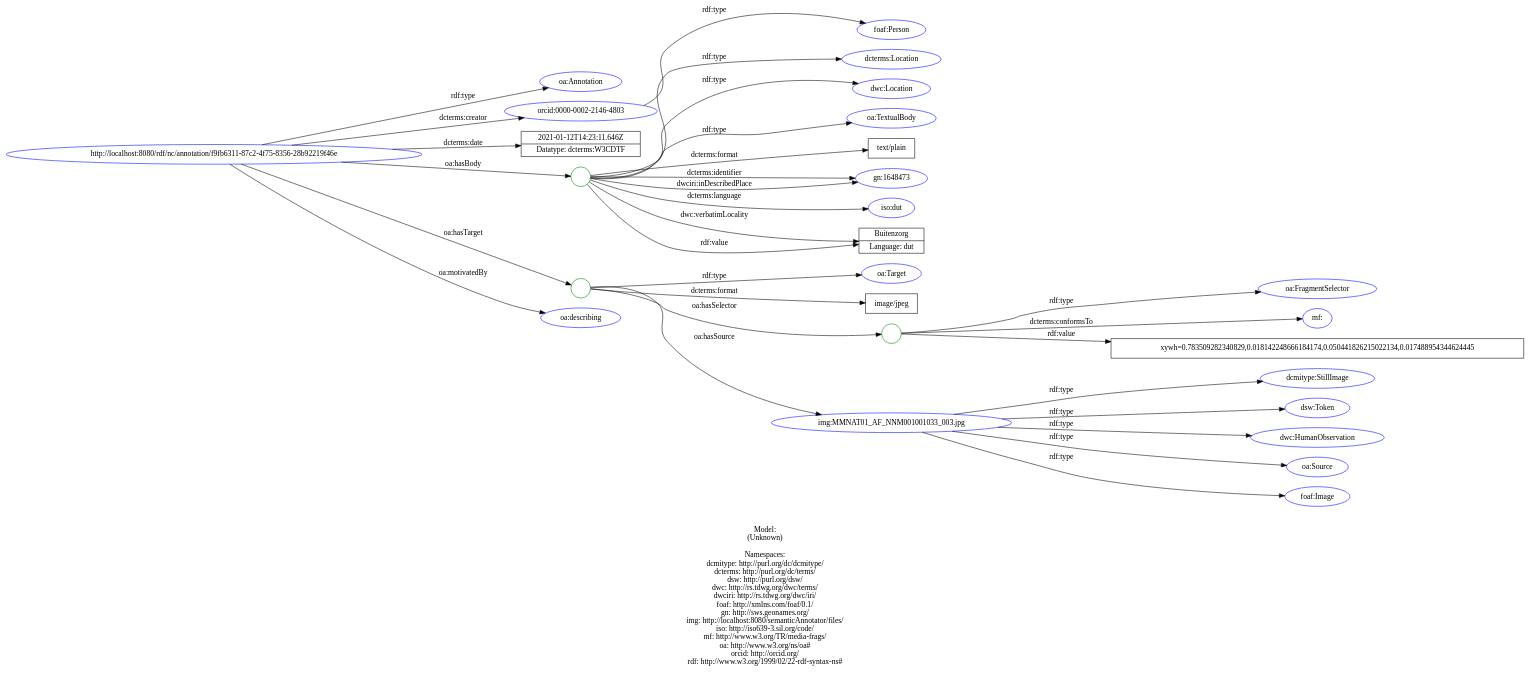
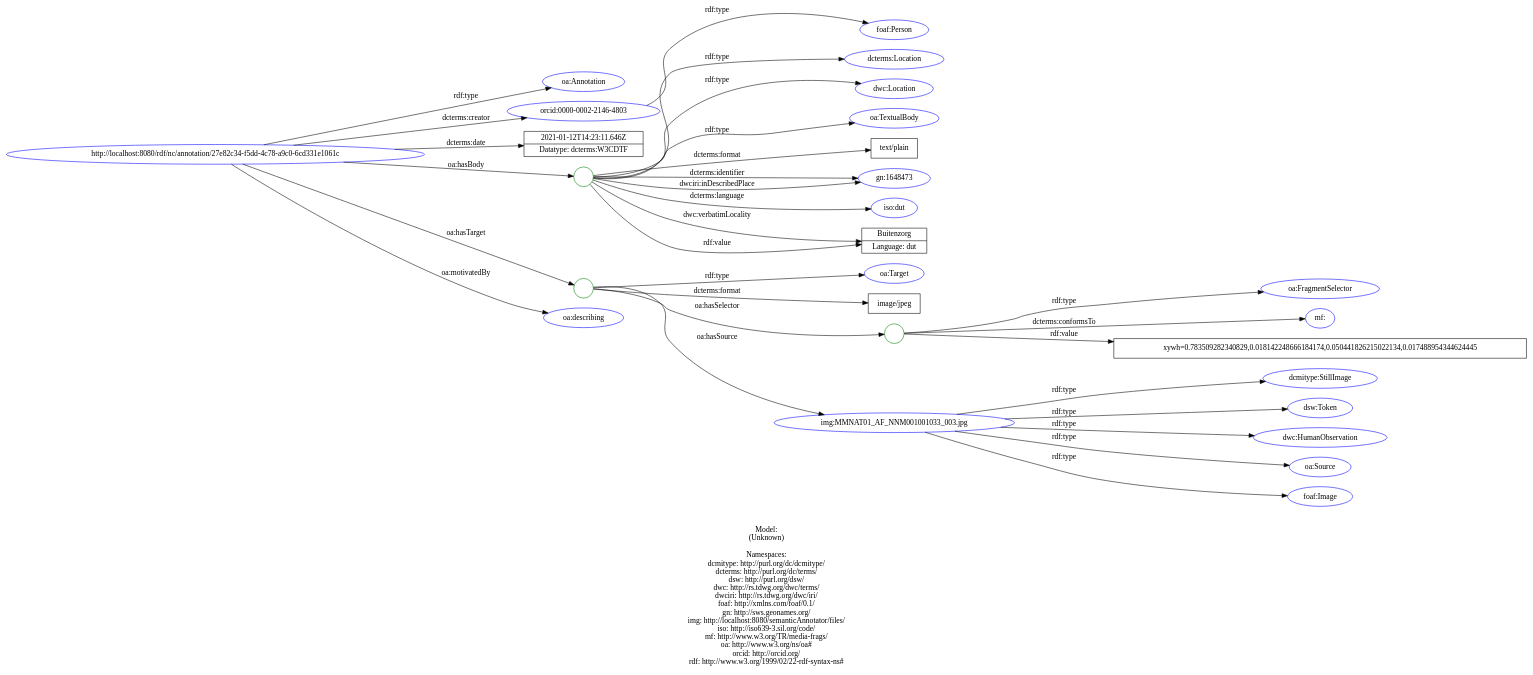
One commit to lisestork/SFB-Annotator changed the diagram in doc/models/example_3_1.dot. Above: the diagram before and after it, drawn with Graphviz. The commit also changed 21 other files, not shown here.

```diff
--- a/doc/models/example_3_1.dot
+++ b/doc/models/example_3_1.dot
@@ -1,68 +1,68 @@
 digraph {
 	rankdir = LR;
 	charset="utf-8";
 
-	"Rhttp://localhost:8080/rdf/nc/annotation/f9fb6311-87c2-4f75-8356-28b92219f46e" -> "Roa:Annotation" [ label="rdf:type" ];
-	"Rhttp://localhost:8080/rdf/nc/annotation/f9fb6311-87c2-4f75-8356-28b92219f46e" -> "Rorcid:0000-0002-2146-4803" [ label="dcterms:creator" ];
-	"Rhttp://localhost:8080/rdf/nc/annotation/f9fb6311-87c2-4f75-8356-28b92219f46e" -> "L2021-01-12T14:23:11.646Z|Datatype: dcterms:W3CDTF" [ label="dcterms:date" ];
-	"Rhttp://localhost:8080/rdf/nc/annotation/f9fb6311-87c2-4f75-8356-28b92219f46e" -> "B_:node1euqlam8lx247" [ label="oa:hasBody" ];
-	"B_:node1euqlam8lx247" -> "Rdcterms:Location" [ label="rdf:type" ];
-	"B_:node1euqlam8lx247" -> "Rdwc:Location" [ label="rdf:type" ];
-	"B_:node1euqlam8lx247" -> "Roa:TextualBody" [ label="rdf:type" ];
-	"B_:node1euqlam8lx247" -> "Ltext/plain" [ label="dcterms:format" ];
-	"B_:node1euqlam8lx247" -> "Rgn:1648473" [ label="dcterms:identifier" ];
-	"B_:node1euqlam8lx247" -> "Riso:dut" [ label="dcterms:language" ];
-	"B_:node1euqlam8lx247" -> "Rgn:1648473" [ label="dwciri:inDescribedPlace" ];
-	"B_:node1euqlam8lx247" -> "LBuitenzorg|Language: dut" [ label="dwc:verbatimLocality" ];
-	"B_:node1euqlam8lx247" -> "LBuitenzorg|Language: dut" [ label="rdf:value" ];
-	"Rhttp://localhost:8080/rdf/nc/annotation/f9fb6311-87c2-4f75-8356-28b92219f46e" -> "B_:node1euqlam8lx246" [ label="oa:hasTarget" ];
-	"B_:node1euqlam8lx246" -> "Roa:Target" [ label="rdf:type" ];
-	"B_:node1euqlam8lx246" -> "Limage/jpeg" [ label="dcterms:format" ];
-	"B_:node1euqlam8lx246" -> "B_:node1euqlam8lx249" [ label="oa:hasSelector" ];
-	"B_:node1euqlam8lx249" -> "Roa:FragmentSelector" [ label="rdf:type" ];
-	"B_:node1euqlam8lx249" -> "Rmf:" [ label="dcterms:conformsTo" ];
-	"B_:node1euqlam8lx249" -> "Lxywh=0.783509282340829,0.018142248666184174,0.050441826215022134,0.017488954344624445" [ label="rdf:value" ];
-	"B_:node1euqlam8lx246" -> "Rimg:MMNAT01_AF_NNM001001033_003.jpg" [ label="oa:hasSource" ];
-	"Rhttp://localhost:8080/rdf/nc/annotation/f9fb6311-87c2-4f75-8356-28b92219f46e" -> "Roa:describing" [ label="oa:motivatedBy" ];
+	"Rhttp://localhost:8080/rdf/nc/annotation/27e82c34-f5dd-4c78-a9c0-6cd331e1061c" -> "Roa:Annotation" [ label="rdf:type" ];
+	"Rhttp://localhost:8080/rdf/nc/annotation/27e82c34-f5dd-4c78-a9c0-6cd331e1061c" -> "Rorcid:0000-0002-2146-4803" [ label="dcterms:creator" ];
+	"Rhttp://localhost:8080/rdf/nc/annotation/27e82c34-f5dd-4c78-a9c0-6cd331e1061c" -> "L2021-01-12T14:23:11.646Z|Datatype: dcterms:W3CDTF" [ label="dcterms:date" ];
+	"Rhttp://localhost:8080/rdf/nc/annotation/27e82c34-f5dd-4c78-a9c0-6cd331e1061c" -> "B_:node1f0go8rutx13" [ label="oa:hasBody" ];
+	"B_:node1f0go8rutx13" -> "Rdcterms:Location" [ label="rdf:type" ];
+	"B_:node1f0go8rutx13" -> "Rdwc:Location" [ label="rdf:type" ];
+	"B_:node1f0go8rutx13" -> "Roa:TextualBody" [ label="rdf:type" ];
+	"B_:node1f0go8rutx13" -> "Ltext/plain" [ label="dcterms:format" ];
+	"B_:node1f0go8rutx13" -> "Rgn:1648473" [ label="dcterms:identifier" ];
+	"B_:node1f0go8rutx13" -> "Riso:dut" [ label="dcterms:language" ];
+	"B_:node1f0go8rutx13" -> "Rgn:1648473" [ label="dwciri:inDescribedPlace" ];
+	"B_:node1f0go8rutx13" -> "LBuitenzorg|Language: dut" [ label="dwc:verbatimLocality" ];
+	"B_:node1f0go8rutx13" -> "LBuitenzorg|Language: dut" [ label="rdf:value" ];
+	"Rhttp://localhost:8080/rdf/nc/annotation/27e82c34-f5dd-4c78-a9c0-6cd331e1061c" -> "B_:node1f0go8rutx12" [ label="oa:hasTarget" ];
+	"B_:node1f0go8rutx12" -> "Roa:Target" [ label="rdf:type" ];
+	"B_:node1f0go8rutx12" -> "Limage/jpeg" [ label="dcterms:format" ];
+	"B_:node1f0go8rutx12" -> "B_:node1f0go8rutx15" [ label="oa:hasSelector" ];
+	"B_:node1f0go8rutx15" -> "Roa:FragmentSelector" [ label="rdf:type" ];
+	"B_:node1f0go8rutx15" -> "Rmf:" [ label="dcterms:conformsTo" ];
+	"B_:node1f0go8rutx15" -> "Lxywh=0.783509282340829,0.018142248666184174,0.050441826215022134,0.017488954344624445" [ label="rdf:value" ];
+	"B_:node1f0go8rutx12" -> "Rimg:MMNAT01_AF_NNM001001033_003.jpg" [ label="oa:hasSource" ];
+	"Rhttp://localhost:8080/rdf/nc/annotation/27e82c34-f5dd-4c78-a9c0-6cd331e1061c" -> "Roa:describing" [ label="oa:motivatedBy" ];
 	"Rorcid:0000-0002-2146-4803" -> "Rfoaf:Person" [ label="rdf:type" ];
 	"Rimg:MMNAT01_AF_NNM001001033_003.jpg" -> "Rdcmitype:StillImage" [ label="rdf:type" ];
 	"Rimg:MMNAT01_AF_NNM001001033_003.jpg" -> "Rdsw:Token" [ label="rdf:type" ];
 	"Rimg:MMNAT01_AF_NNM001001033_003.jpg" -> "Rdwc:HumanObservation" [ label="rdf:type" ];
 	"Rimg:MMNAT01_AF_NNM001001033_003.jpg" -> "Roa:Source" [ label="rdf:type" ];
 	"Rimg:MMNAT01_AF_NNM001001033_003.jpg" -> "Rfoaf:Image" [ label="rdf:type" ];
 
 	// Resources
-	"Rhttp://localhost:8080/rdf/nc/annotation/f9fb6311-87c2-4f75-8356-28b92219f46e" [ label="http://localhost:8080/rdf/nc/annotation/f9fb6311-87c2-4f75-8356-28b92219f46e", shape = ellipse, color = blue ];
+	"Rhttp://localhost:8080/rdf/nc/annotation/27e82c34-f5dd-4c78-a9c0-6cd331e1061c" [ label="http://localhost:8080/rdf/nc/annotation/27e82c34-f5dd-4c78-a9c0-6cd331e1061c", shape = ellipse, color = blue ];
 	"Roa:Annotation" [ label="oa:Annotation", shape = ellipse, color = blue ];
 	"Rorcid:0000-0002-2146-4803" [ label="orcid:0000-0002-2146-4803", shape = ellipse, color = blue ];
 	"Rdcterms:Location" [ label="dcterms:Location", shape = ellipse, color = blue ];
 	"Rdwc:Location" [ label="dwc:Location", shape = ellipse, color = blue ];
 	"Roa:TextualBody" [ label="oa:TextualBody", shape = ellipse, color = blue ];
 	"Rgn:1648473" [ label="gn:1648473", shape = ellipse, color = blue ];
 	"Riso:dut" [ label="iso:dut", shape = ellipse, color = blue ];
 	"Roa:Target" [ label="oa:Target", shape = ellipse, color = blue ];
 	"Roa:FragmentSelector" [ label="oa:FragmentSelector", shape = ellipse, color = blue ];
 	"Rmf:" [ label="mf:", shape = ellipse, color = blue ];
 	"Rimg:MMNAT01_AF_NNM001001033_003.jpg" [ label="img:MMNAT01_AF_NNM001001033_003.jpg", shape = ellipse, color = blue ];
 	"Roa:describing" [ label="oa:describing", shape = ellipse, color = blue ];
 	"Rfoaf:Person" [ label="foaf:Person", shape = ellipse, color = blue ];
 	"Rdcmitype:StillImage" [ label="dcmitype:StillImage", shape = ellipse, color = blue ];
 	"Rdsw:Token" [ label="dsw:Token", shape = ellipse, color = blue ];
 	"Rdwc:HumanObservation" [ label="dwc:HumanObservation", shape = ellipse, color = blue ];
 	"Roa:Source" [ label="oa:Source", shape = ellipse, color = blue ];
 	"Rfoaf:Image" [ label="foaf:Image", shape = ellipse, color = blue ];
 
 	// Anonymous nodes
-	"B_:node1euqlam8lx247" [ label="", shape = circle, color = green ];
-	"B_:node1euqlam8lx246" [ label="", shape = circle, color = green ];
-	"B_:node1euqlam8lx249" [ label="", shape = circle, color = green ];
+	"B_:node1f0go8rutx13" [ label="", shape = circle, color = green ];
+	"B_:node1f0go8rutx12" [ label="", shape = circle, color = green ];
+	"B_:node1f0go8rutx15" [ label="", shape = circle, color = green ];
 
 	// Literals
 	"L2021-01-12T14:23:11.646Z|Datatype: dcterms:W3CDTF" [ label="2021-01-12T14:23:11.646Z|Datatype: dcterms:W3CDTF", shape = record ];
 	"Ltext/plain" [ label="text/plain", shape = record ];
 	"LBuitenzorg|Language: dut" [ label="Buitenzorg|Language: dut", shape = record ];
 	"Limage/jpeg" [ label="image/jpeg", shape = record ];
 	"Lxywh=0.783509282340829,0.018142248666184174,0.050441826215022134,0.017488954344624445" [ label="xywh=0.783509282340829,0.018142248666184174,0.050441826215022134,0.017488954344624445", shape = record ];
 
 	label="\n\nModel:\n(Unknown)\n\nNamespaces:\ndcmitype: http://purl.org/dc/dcmitype/\ndcterms: http://purl.org/dc/terms/\ndsw: http://purl.org/dsw/\ndwc: http://rs.tdwg.org/dwc/terms/\ndwciri: http://rs.tdwg.org/dwc/iri/\nfoaf: http://xmlns.com/foaf/0.1/\ngn: http://sws.geonames.org/\nimg: http://localhost:8080/semanticAnnotator/files/\niso: http://iso639-3.sil.org/code/\nmf: http://www.w3.org/TR/media-frags/\noa: http://www.w3.org/ns/oa#\norcid: http://orcid.org/\nrdf: http://www.w3.org/1999/02/22-rdf-syntax-ns#\n";
 }
```
